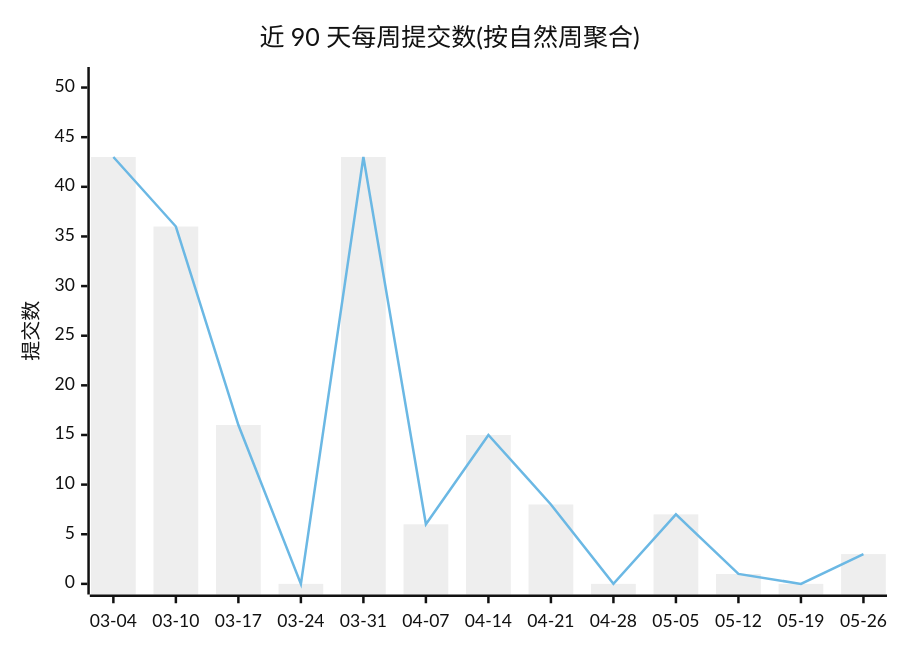
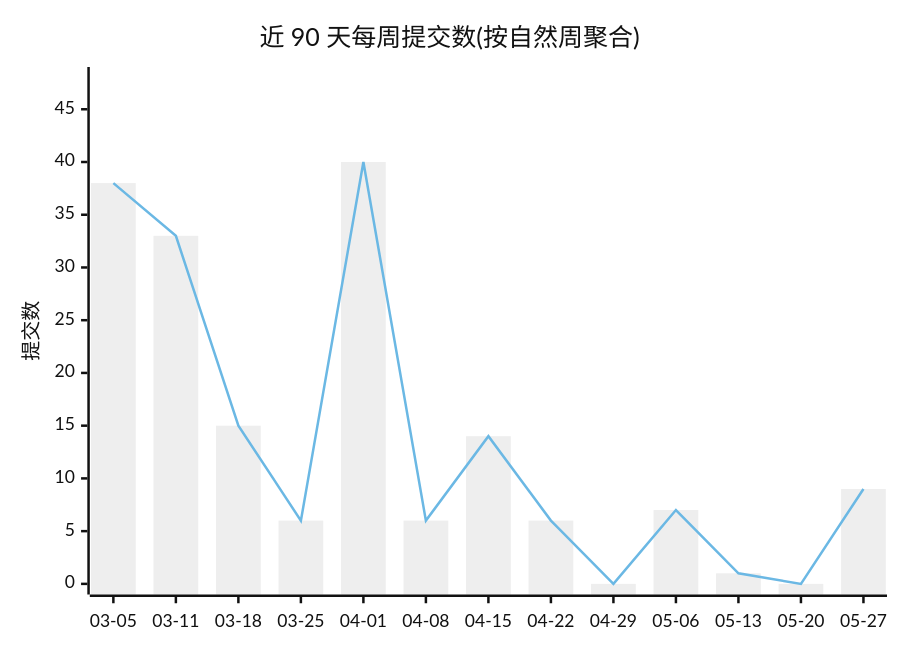
One commit to Conflux-Union/.github changed the first of 2 diagrams in profile/README.md. Above: the diagram before and after it, drawn with Mermaid (neutral theme). The commit also changed other lines of this file and 1 other file, not shown here.

````diff
--- a/profile/README.md
+++ b/profile/README.md
@@ -44,8 +44,8 @@
 ```mermaid
 xychart-beta
     title "近 90 天每周提交数(按自然周聚合)"
-    x-axis ["03-04", "03-10", "03-17", "03-24", "03-31", "04-07", "04-14", "04-21", "04-28", "05-05", "05-12", "05-19", "05-26"]
-    y-axis "提交数" 0 --> 51
-    bar [43, 36, 16, 0, 43, 6, 15, 8, 0, 7, 1, 0, 3]
-    line [43, 36, 16, 0, 43, 6, 15, 8, 0, 7, 1, 0, 3]
+    x-axis ["03-05", "03-11", "03-18", "03-25", "04-01", "04-08", "04-15", "04-22", "04-29", "05-06", "05-13", "05-20", "05-27"]
+    y-axis "提交数" 0 --> 48
+    bar [38, 33, 15, 6, 40, 6, 14, 6, 0, 7, 1, 0, 9]
+    line [38, 33, 15, 6, 40, 6, 14, 6, 0, 7, 1, 0, 9]
 ```
````
